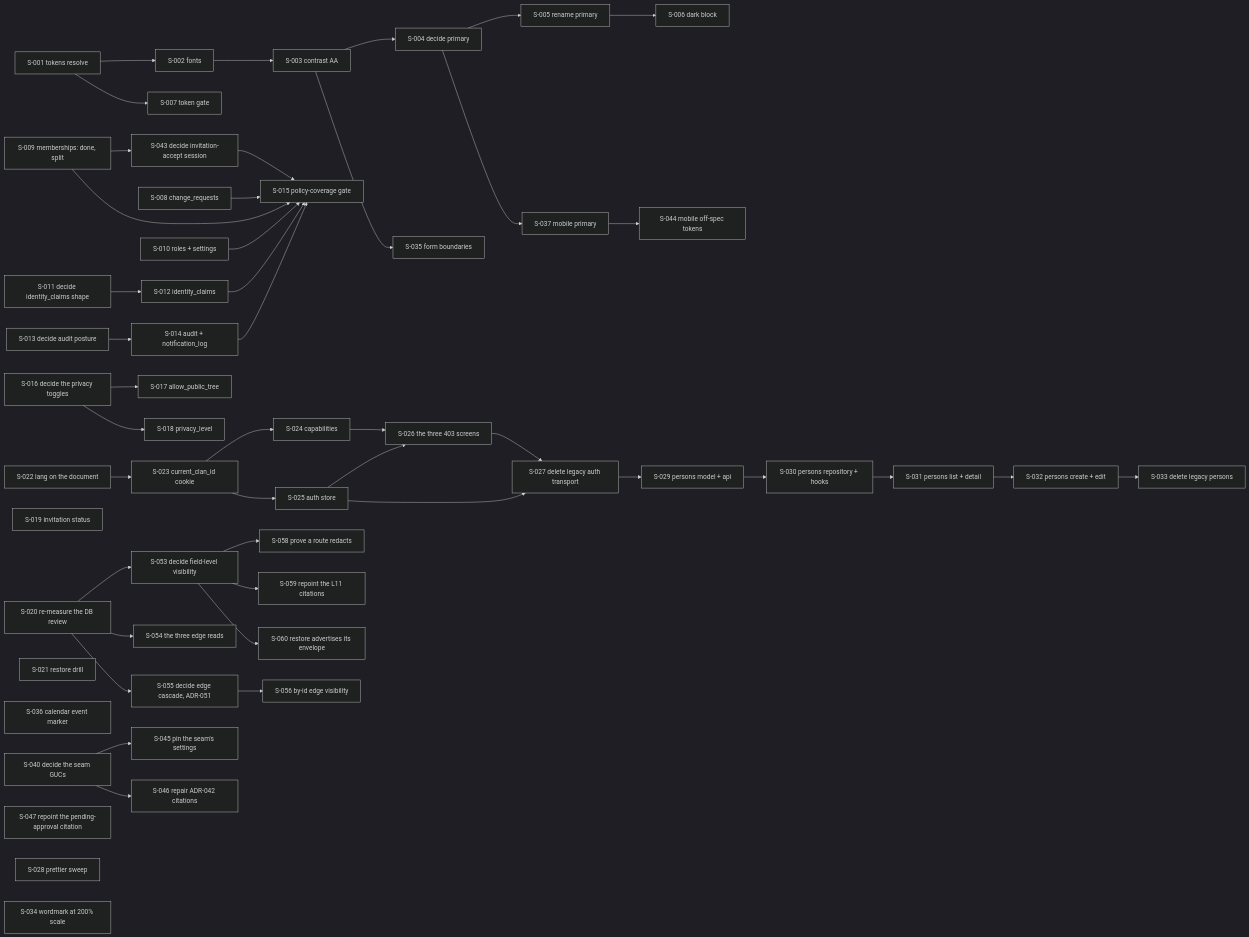
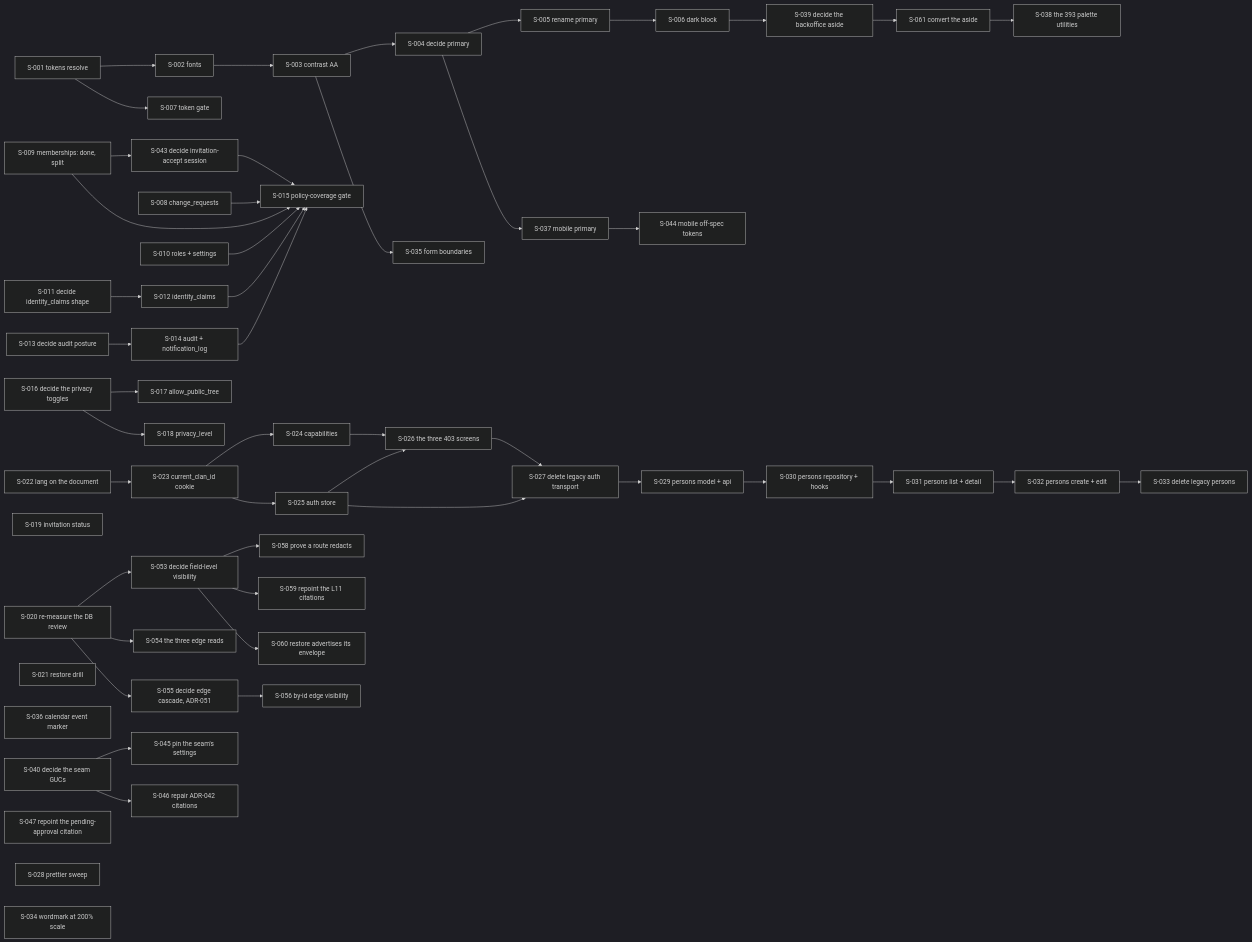
One commit to namphuongtran/familyroots changed the diagram in docs/SEEDS.md. Above: the diagram before and after it, drawn with Mermaid (dark theme). The commit also changed other lines of this file and 3 other files, not shown here.

````diff
--- a/docs/SEEDS.md
+++ b/docs/SEEDS.md
@@ -564,52 +612,54 @@
 ```mermaid
 graph LR
   S001[S-001 tokens resolve] --> S002[S-002 fonts]
   S022[S-022 lang on the document] --> S023[S-023 current_clan_id cookie]
   S001 --> S007[S-007 token gate]
   S002 --> S003[S-003 contrast AA]
   S003 --> S004[S-004 decide primary]
   S004 --> S005[S-005 rename primary]
   S004 --> S037[S-037 mobile primary]
   S005 --> S006[S-006 dark block]
   S008[S-008 change_requests]
   S009[S-009 memberships: done, split] --> S043[S-043 decide invitation-accept session]
   S010[S-010 roles + settings]
   S011[S-011 decide identity_claims shape] --> S012[S-012 identity_claims]
   S013[S-013 decide audit posture] --> S014[S-014 audit + notification_log]
   S008 --> S015[S-015 policy-coverage gate]
   S009 --> S015
   S043 --> S015
   S010 --> S015
   S012 --> S015
   S014 --> S015
   S016[S-016 decide the privacy toggles] --> S017[S-017 allow_public_tree]
   S016 --> S018[S-018 privacy_level]
   S019[S-019 invitation status]
   S020[S-020 re-measure the DB review] --> S053
   S020 --> S054[S-054 the three edge reads]
   S020 --> S055[S-055 decide edge cascade, ADR-051]
   S021[S-021 restore drill]
   S023 --> S024[S-024 capabilities]
   S023 --> S025[S-025 auth store]
   S024 --> S026[S-026 the three 403 screens]
   S025 --> S026
   S025 --> S027[S-027 delete legacy auth transport]
   S026 --> S027
   S003 --> S035[S-035 form boundaries]
   S036[S-036 calendar event marker]
   S037 --> S044[S-044 mobile off-spec tokens]
   S040[S-040 decide the seam GUCs] --> S045[S-045 pin the seam's settings]
   S040 --> S046[S-046 repair ADR-042 citations]
   S047[S-047 repoint the pending-approval citation]
   S053[S-053 decide field-level visibility] --> S058[S-058 prove a route redacts]
   S053 --> S059[S-059 repoint the L11 citations]
   S053 --> S060[S-060 restore advertises its envelope]
+  S006 --> S039[S-039 decide the backoffice aside] --> S061[S-061 convert the aside]
+  S061 --> S038[S-038 the 393 palette utilities]
   S055 --> S056[S-056 by-id edge visibility]
   S028[S-028 prettier sweep]
   S034[S-034 wordmark at 200% scale]
   S027 --> S029[S-029 persons model + api]
   S029 --> S030[S-030 persons repository + hooks]
   S030 --> S031[S-031 persons list + detail]
   S031 --> S032[S-032 persons create + edit]
   S032 --> S033[S-033 delete legacy persons]
 ```
````
